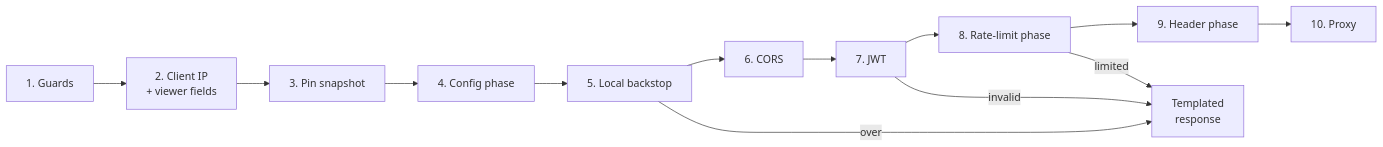
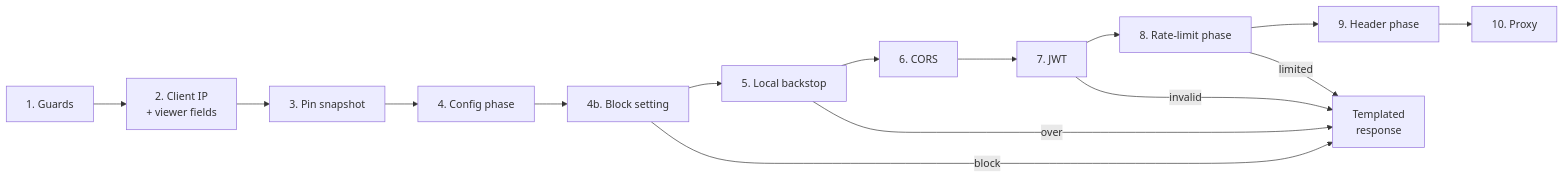
One commit to chrisleekr/edge-proxy changed the second of 4 diagrams in docs/design.md. Above: the diagram before and after it, drawn with Mermaid. The commit also changed other lines of this file and 82 other files, not shown here.

````diff
--- a/docs/design.md
+++ b/docs/design.md
@@ -101,15 +102,17 @@
 ```mermaid
 flowchart LR
     S1["1. Guards"] --> S2["2. Client IP<br/>+ viewer fields"]
     S2 --> S3["3. Pin snapshot"]
     S3 --> S4["4. Config phase"]
-    S4 --> S5["5. Local backstop"]
+    S4 --> S4b["4b. Block setting"]
+    S4b --> S5["5. Local backstop"]
     S5 --> S6["6. CORS"]
     S6 --> S7["7. JWT"]
     S7 --> S8["8. Rate-limit phase"]
     S8 --> S9["9. Header phase"]
     S9 --> S10["10. Proxy"]
-    S5 -->|"over"| R["Templated<br/>response"]
+    S4b -->|"block"| R["Templated<br/>response"]
+    S5 -->|"over"| R
     S7 -->|"invalid"| R
     S8 -->|"limited"| R
 ```
````
